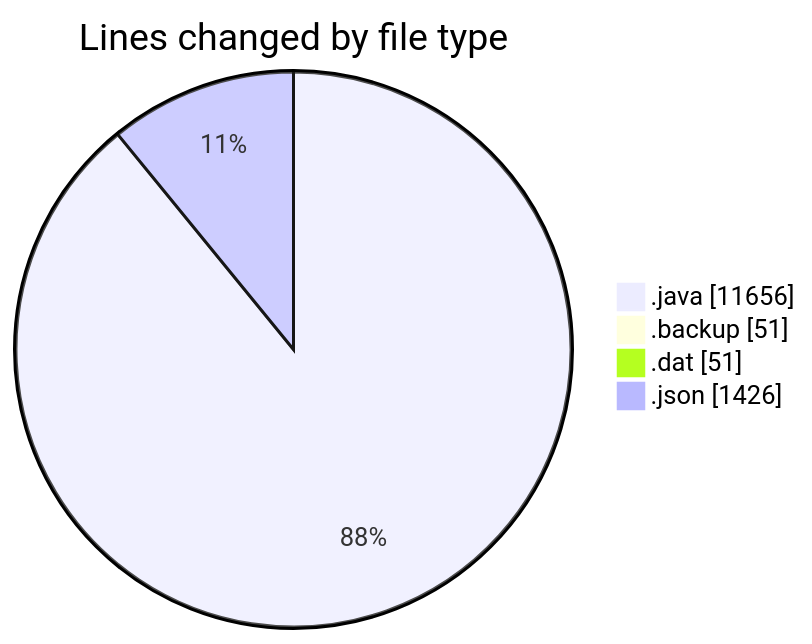
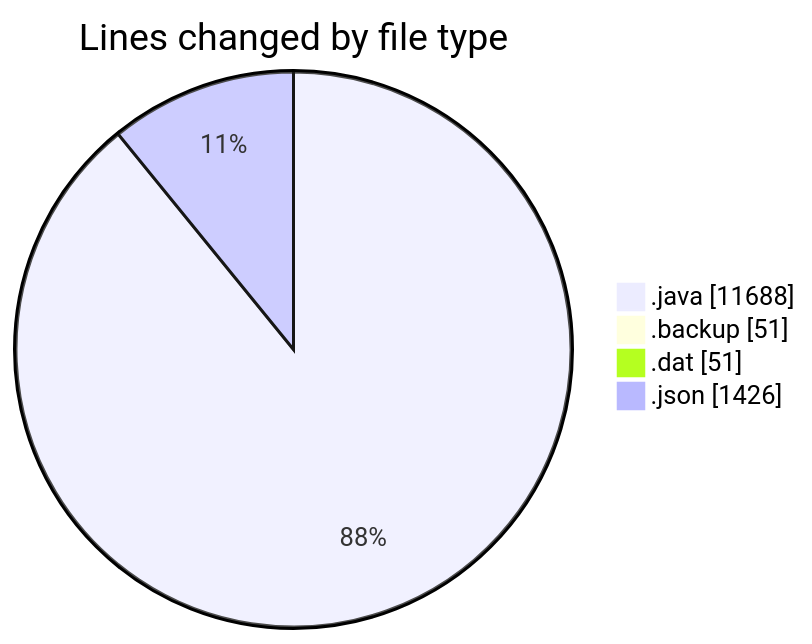
One commit to ricardozamudiocil/code-tracking changed the first of 2 diagrams in 2026-11-19/cilapp/README.md. Above: the diagram before and after it, drawn with Mermaid. The commit also changed other lines of this file and 1 other file, not shown here.

````diff
--- a/2026-11-19/cilapp/README.md
+++ b/2026-11-19/cilapp/README.md
@@ -24,8 +24,8 @@
 ```mermaid
 pie showData
 title Lines changed by file type
-".java" : 11656
+".java" : 11688
 ".backup" : 51
 ".dat" : 51
 ".json" : 1426
 ```
````
